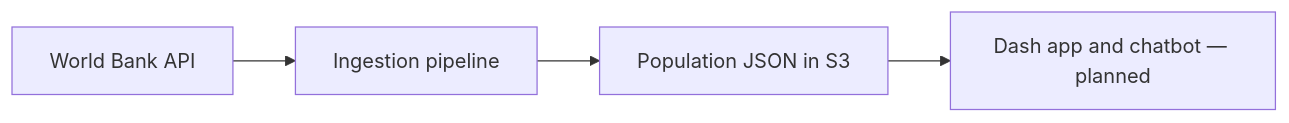
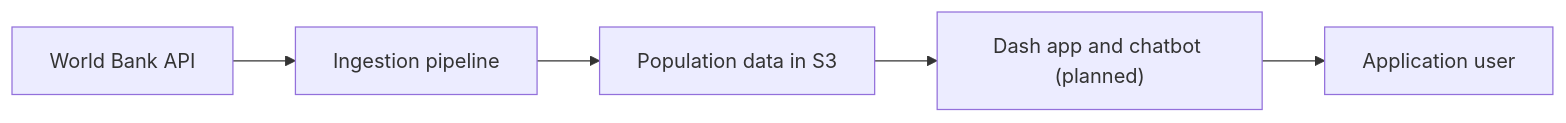
Before and after one commit to Seif-Wessam/world-population-interactive-visualisation: the diagram in README.md, drawn with Mermaid. The commit also changed other lines of this file, not shown here.

First line of the commit message:
Revise architecture details in README.md

````diff
--- a/README.md
+++ b/README.md
@@ -42,6 +32,7 @@
 ```mermaid
 flowchart LR
-    A["World Bank API"] --> B["Ingestion pipeline"]
-    B --> C["Population JSON in S3"]
-    C --> D["Dash app and chatbot — planned"]
+    WB["World Bank API"] --> ING["Ingestion pipeline"]
+    ING --> S3["Population data in S3"]
+    S3 --> APP["Dash app and chatbot (planned)"]
+    APP --> USER["Application user"]
 ```
````
